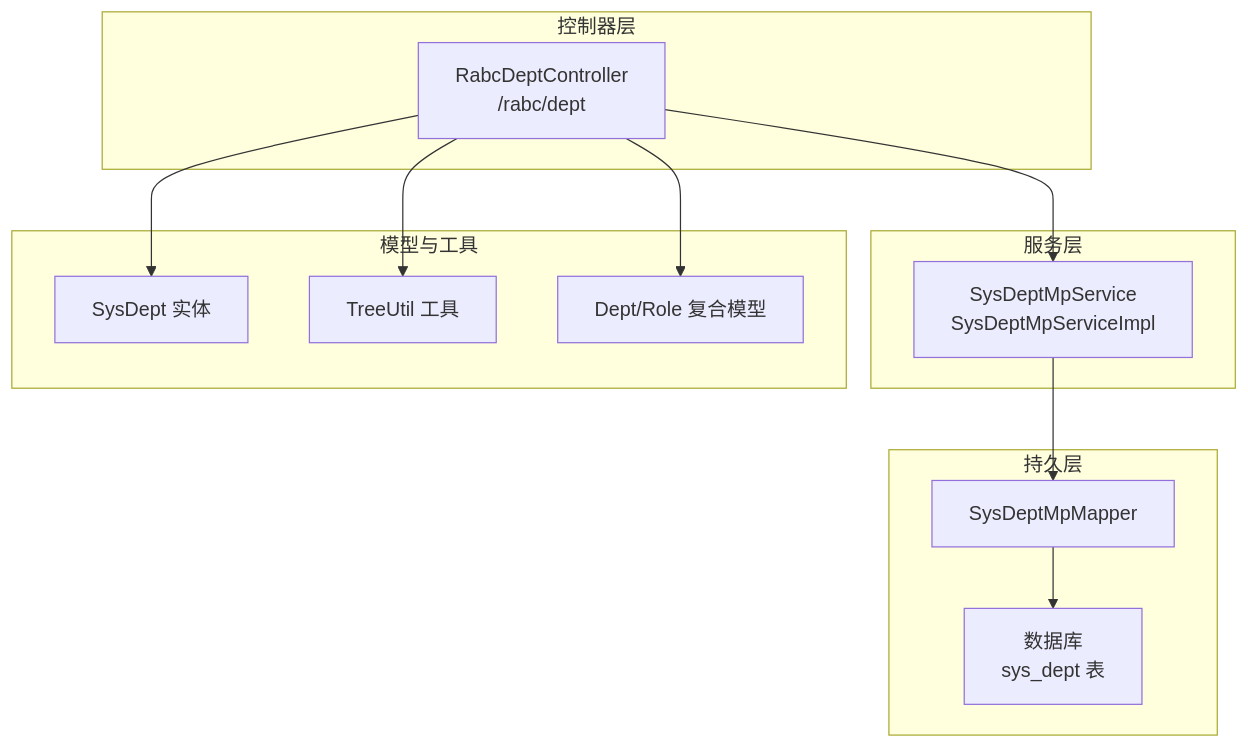
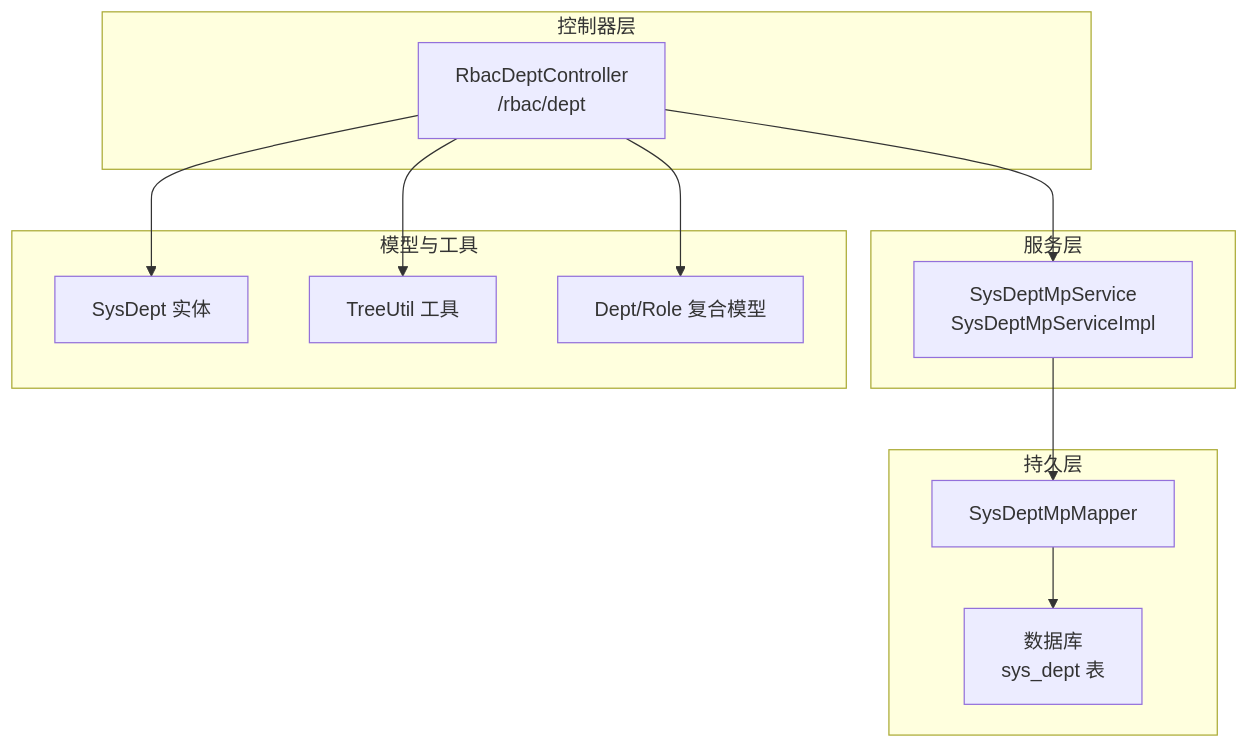
One commit to LiukewenSC/kewen-framework changed the first of 5 diagrams in .qoder/repowiki/zh/content/权限系统 (qy-auth)/RBAC实现 (auth-rbac)/部门管理.md. Above: the diagram before and after it, drawn with Mermaid. The commit also changed other lines of this file and 764 other files, not shown here.

````diff
--- a/.qoder/repowiki/zh/content/权限系统 (qy-auth)/RBAC实现 (auth-rbac)/部门管理.md
+++ b/.qoder/repowiki/zh/content/权限系统 (qy-auth)/RBAC实现 (auth-rbac)/部门管理.md
@@ -41,24 +41,24 @@
 ```mermaid
 graph TB
 subgraph "控制器层"
-C1["RabcDeptController<br/>/rabc/dept"]
+C1["RbacDeptController<br/>/rbac/dept"]
 end
 subgraph "服务层"
 S1["SysDeptMpService<br/>SysDeptMpServiceImpl"]
 end
 subgraph "持久层"
 M1["SysDeptMpMapper"]
 DB["数据库<br/>sys_dept 表"]
 end
 subgraph "模型与工具"
 E1["SysDept 实体"]
 U1["TreeUtil 工具"]
 F1["Dept/Role 复合模型"]
 end
 C1 --> S1
 S1 --> M1
 M1 --> DB
 C1 --> E1
 C1 --> U1
 C1 --> F1
 ```
````
